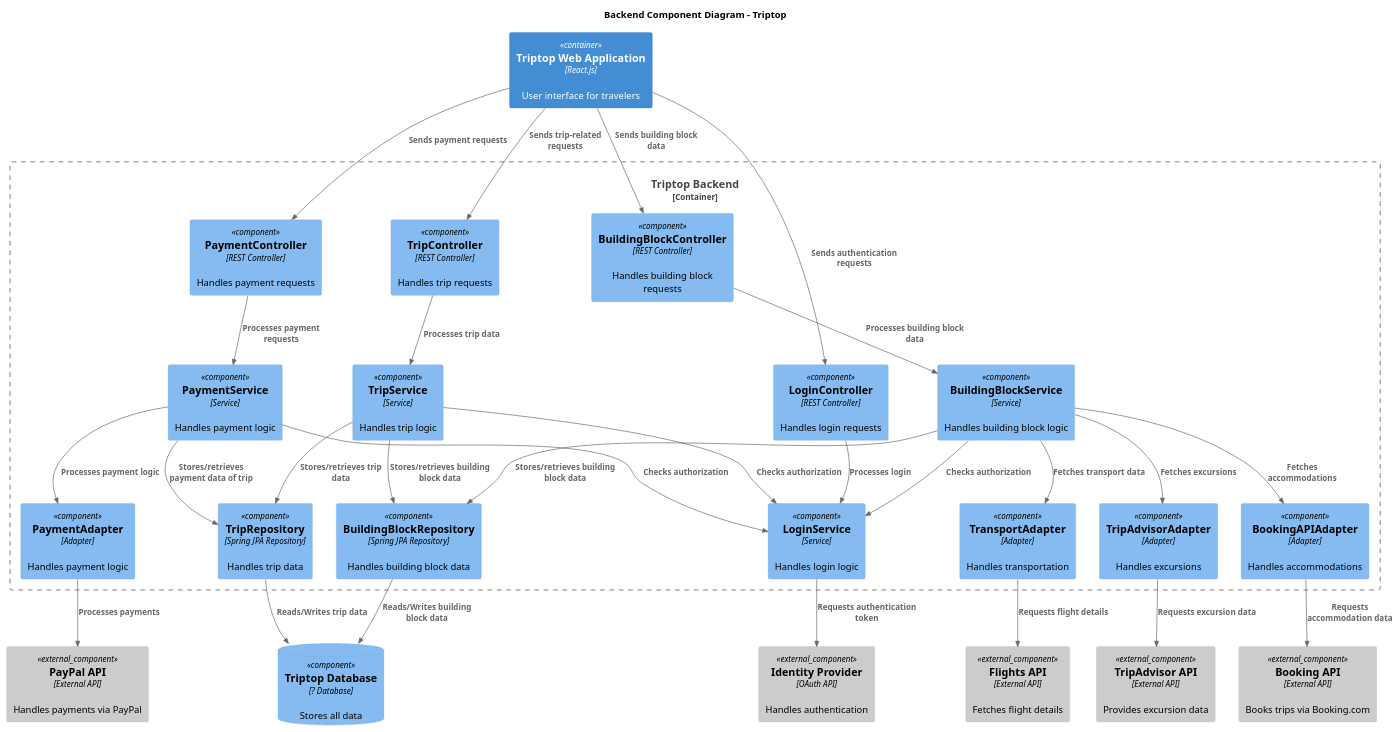
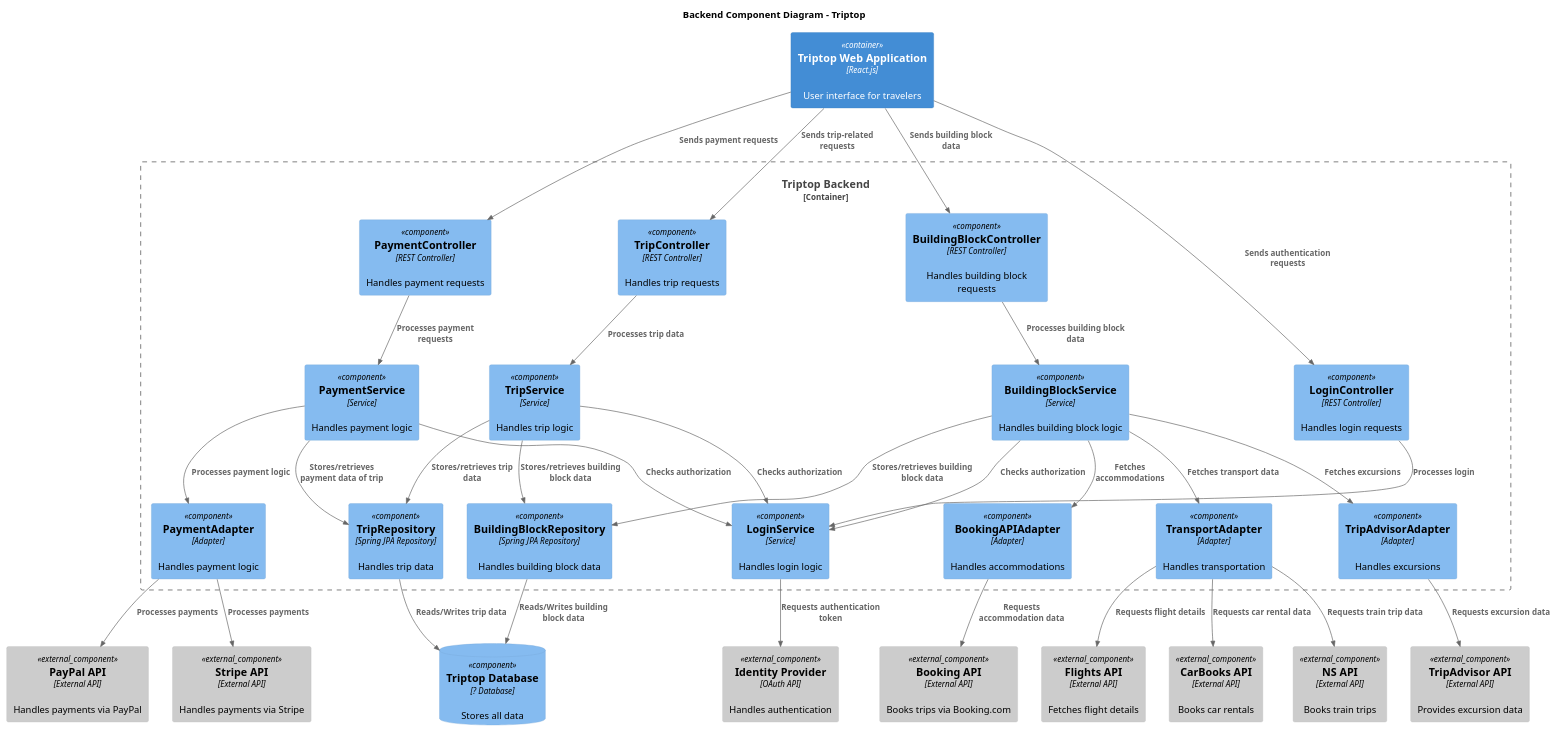
One commit to AIM-ENE-feb25/triptop-inshallahboys changed the diagram in Week2/Presentatie/component-diagrammen/component-diagram-backend.puml. Above: the diagram before and after it, drawn with PlantUML. The commit also changed 2 other files, not shown here.

```diff
--- a/Week2/Presentatie/component-diagrammen/component-diagram-backend.puml
+++ b/Week2/Presentatie/component-diagrammen/component-diagram-backend.puml
@@ -1,79 +1,87 @@
 @startuml
 !include https://raw.githubusercontent.com/plantuml-stdlib/C4-PlantUML/master/C4_Component.puml
 
 title Backend Component Diagram - Triptop
 
 Container_Boundary(backend, "Triptop Backend") {
 
     ' Payment systems
     Component(paymentController, "PaymentController", "REST Controller", "Handles payment requests")
     Component(paymentService, "PaymentService", "Service", "Handles payment logic")
     Component(paymentAdapter, "PaymentAdapter", "Adapter", "Handles payment logic")
 
     ' Login System
     Component(loginController, "LoginController", "REST Controller", "Handles login requests")
     Component(loginService, "LoginService", "Service", "Handles login logic")
 
     ' Trip Management
     Component(tripController, "TripController", "REST Controller", "Handles trip requests")
     Component(tripService, "TripService", "Service", "Handles trip logic")
     Component(tripRepository, "TripRepository", "Spring JPA Repository", "Handles trip data")
 
     ' Modular Components (Building Blocks)
     Component(buildingBlockController, "BuildingBlockController", "REST Controller", "Handles building block requests")
     Component(buildingBlockService, "BuildingBlockService", "Service", "Handles building block logic")
     Component(buildingBlockRepository, "BuildingBlockRepository", "Spring JPA Repository", "Handles building block data")
 
     ' External API Adapters
     Component(tripAdvisorAdapter, "TripAdvisorAdapter", "Adapter", "Handles excursions")
     Component(bookingAPIAdapter, "BookingAPIAdapter", "Adapter", "Handles accommodations")
     Component(transportAdapter, "TransportAdapter", "Adapter", "Handles transportation")
 }
 
 ' Frontend
 Container(webApp, "Triptop Web Application", "React.js", "User interface for travelers")
 
 ' External Systems & Database
 ComponentDb(database, "Triptop Database", "? Database", "Stores all data")
 Component_Ext(identityProvider, "Identity Provider", "OAuth API", "Handles authentication")
 Component_Ext(bookingAPI, "Booking API", "External API", "Books trips via Booking.com")
 Component_Ext(tripAdvisor, "TripAdvisor API", "External API", "Provides excursion data")
 Component_Ext(flightsAPI, "Flights API", "External API", "Fetches flight details")
 Component_Ext(paypalAPI, "PayPal API", "External API", "Handles payments via PayPal")
+Component_Ext(stripeAPI, "Stripe API", "External API", "Handles payments via Stripe")
+Component_Ext(carBooksAPI, "CarBooks API", "External API", "Books car rentals")
+Component_Ext(nsAPI, "NS API", "External API", "Books train trips")
+
 
 ' Relationships
 Rel(webApp, loginController, "Sends authentication requests")
 Rel(webApp, tripController, "Sends trip-related requests")
 Rel(webApp, buildingBlockController, "Sends building block data")
 Rel(webApp, paymentController, "Sends payment requests")
 
 Rel(loginController, loginService, "Processes login")
 Rel(loginService, identityProvider, "Requests authentication token")
 
 Rel(tripController, tripService, "Processes trip data")
 Rel(tripService, tripRepository, "Stores/retrieves trip data")
 Rel(tripService, buildingBlockRepository, "Stores/retrieves building block data")
 Rel(tripService, loginService, "Checks authorization")
 
 Rel(buildingBlockController, buildingBlockService, "Processes building block data")
 Rel(buildingBlockService, buildingBlockRepository, "Stores/retrieves building block data")
 Rel(buildingBlockService, loginService, "Checks authorization")
 
 Rel(buildingBlockService, tripAdvisorAdapter, "Fetches excursions")
 Rel(buildingBlockService, bookingAPIAdapter, "Fetches accommodations")
 Rel(buildingBlockService, transportAdapter, "Fetches transport data")
 
 Rel(tripRepository, database, "Reads/Writes trip data")
 Rel(buildingBlockRepository, database, "Reads/Writes building block data")
 
 Rel(tripAdvisorAdapter, tripAdvisor, "Requests excursion data")
 Rel(bookingAPIAdapter, bookingAPI, "Requests accommodation data")
 Rel(transportAdapter, flightsAPI, "Requests flight details")
+Rel(transportAdapter, carBooksAPI, "Requests car rental data")
+Rel(transportAdapter, nsAPI, "Requests train trip data")
+
 
 Rel(paymentController, paymentService, "Processes payment requests")
 Rel(paymentService, paymentAdapter, "Processes payment logic")
 Rel(paymentService, tripRepository, "Stores/retrieves payment data of trip")
 Rel(paymentService, loginService, "Checks authorization")
 Rel(paymentAdapter, paypalAPI, "Processes payments")
+Rel(paymentAdapter, stripeAPI, "Processes payments")
 
 @enduml
```
